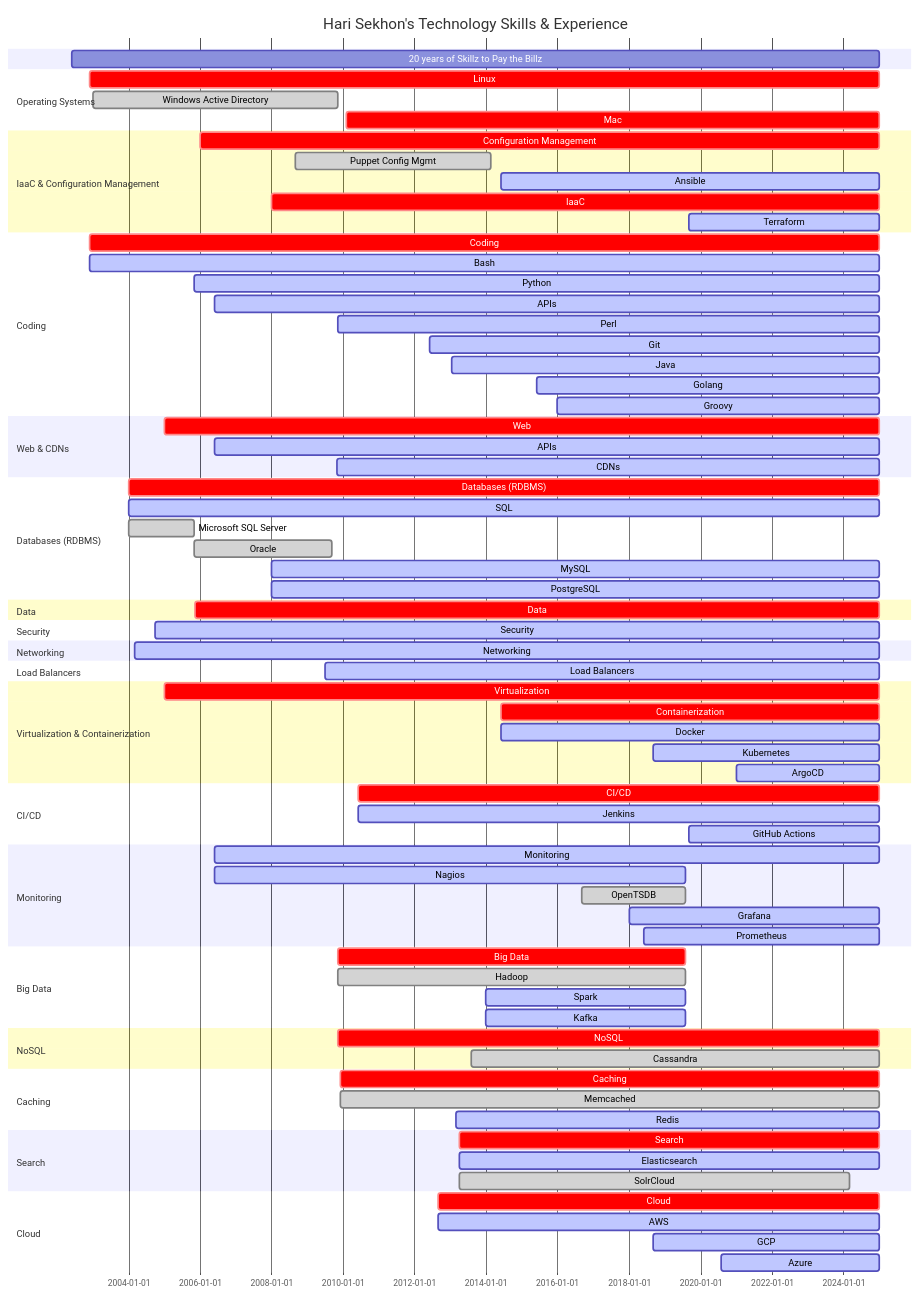
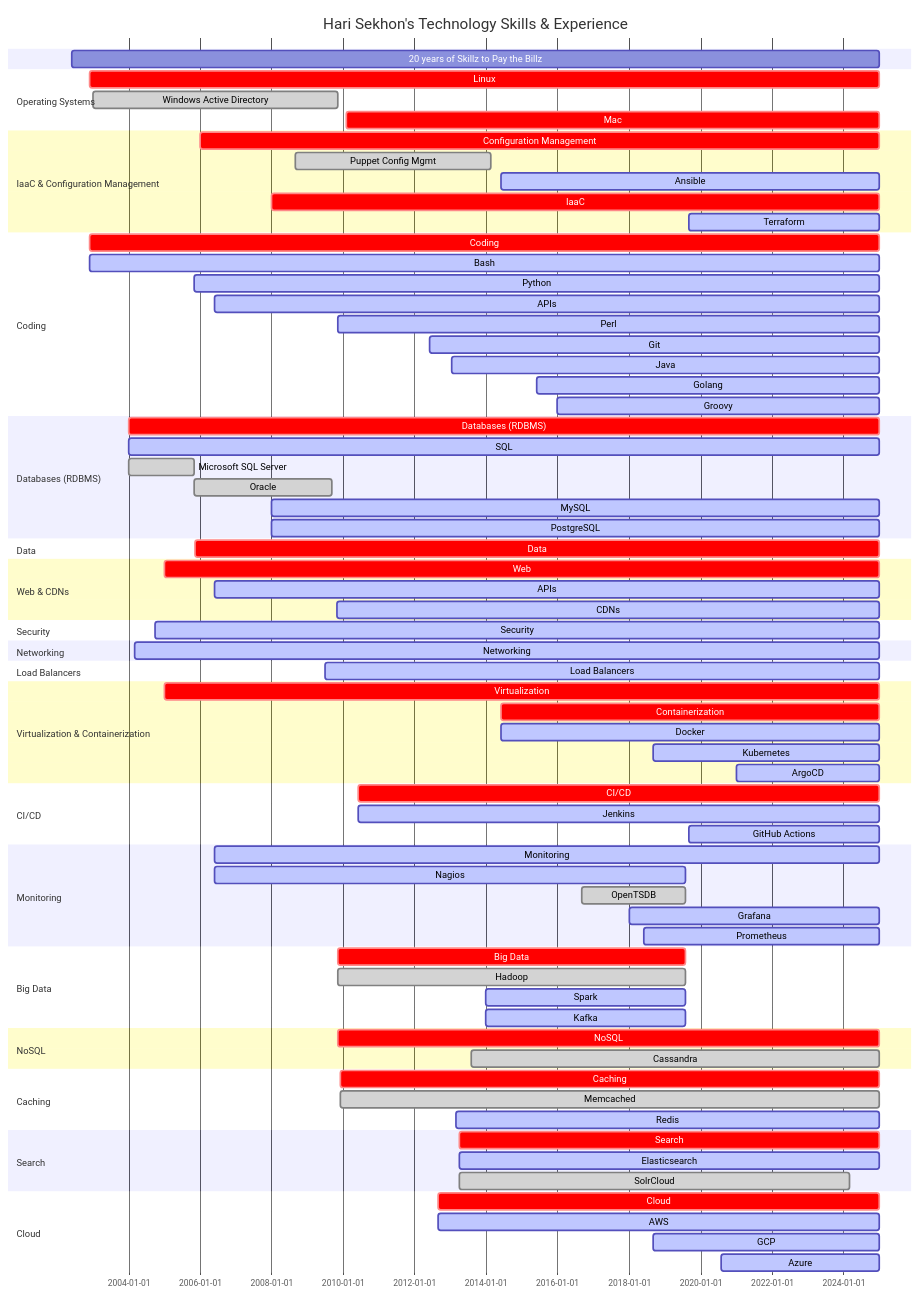
The diagram in README.md (HariSekhon/HariSekhon), drawn with Mermaid before and after one commit. The commit also changed other lines of this file, not shown here.

```diff
--- a/README.md
+++ b/README.md
@@ -328,14 +328,6 @@
     %%Git                    : active, 2012-06-01, 2024-12-31
     %%GitHub                 : active, 2012-12-31, 2024-12-31
 
-    section Web & CDNs
-    Web                    : crit, 2005-01-01, 2024-12-31
-    APIs                   : active, 2006-06-01, 2024-12-31
-    CDNs                   : active, 2009-11-01, 2024-12-31
-    %%UlraDNS                : done, 2009-11-01, 2012-06-31
-    %%Cotendo                : done, 2012-06-01, 2013-01-13
-    %%Cloudflare             : active, 2020-08-20, 2024-12-31
-
     section Databases (RDBMS)
     Databases (RDBMS)      : crit, 2004-01-01, 2024-12-31
     SQL                    : active, 2004-01-01, 2024-12-31
@@ -348,6 +340,14 @@
     Data                   : crit, 2005-11-11, 2024-12-31
     %%Data Validation        : done, 2006-06-01, 2024-12-31
     %%Data Science           : done, 2013-01-18, 2024-12-31
+
+    section Web & CDNs
+    Web                    : crit, 2005-01-01, 2024-12-31
+    APIs                   : active, 2006-06-01, 2024-12-31
+    CDNs                   : active, 2009-11-01, 2024-12-31
+    %%UlraDNS                : done, 2009-11-01, 2012-06-31
+    %%Cotendo                : done, 2012-06-01, 2013-01-13
+    %%Cloudflare             : active, 2020-08-20, 2024-12-31
 
     section Security
     Security               : active, 2004-10-01, 2024-12-31
```
